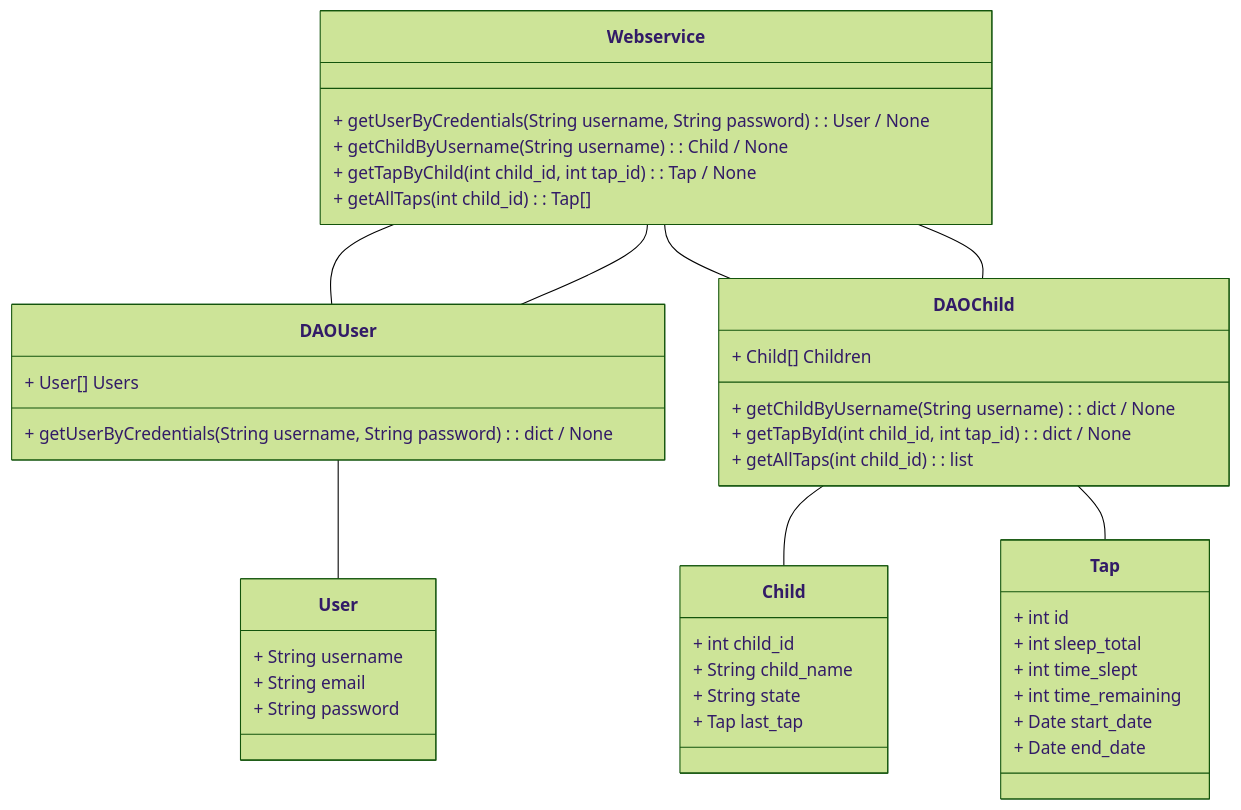
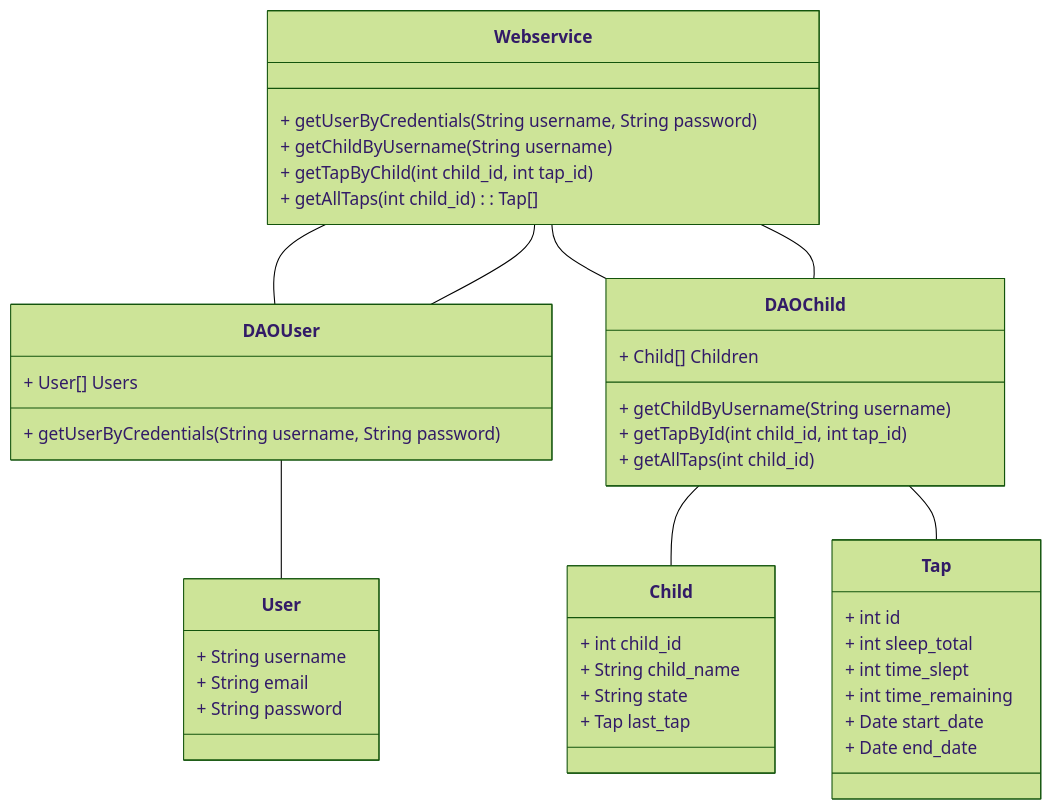
Before and after one commit to lauragrr1/tapatapp: the diagram in Prototip2/BackEndP2.mmd, drawn with Mermaid (forest theme).

```diff
--- a/Prototip2/BackEndP2.mmd
+++ b/Prototip2/BackEndP2.mmd
@@ -1,49 +1,49 @@
 classDiagram
     class Webservice {
-        + getUserByCredentials(String username, String password): User / None
-        + getChildByUsername(String username): Child / None
-        + getTapByChild(int child_id, int tap_id): Tap / None
+        + getUserByCredentials(String username, String password)
+        + getChildByUsername(String username)
+        + getTapByChild(int child_id, int tap_id)
         + getAllTaps(int child_id): Tap[]
     }
 
     class DAOUser {
         + User[] Users
-        + getUserByCredentials(String username, String password): dict / None
+        + getUserByCredentials(String username, String password)
     }
 
     class User {
         + String username
         + String email
         + String password
     }
 
     class DAOChild {
         + Child[] Children
-        + getChildByUsername(String username): dict / None
-        + getTapById(int child_id, int tap_id): dict / None
-        + getAllTaps(int child_id): list
+        + getChildByUsername(String username)
+        + getTapById(int child_id, int tap_id)
+        + getAllTaps(int child_id)
     }
 
     class Child {
         + int child_id
         + String child_name
         + String state
         + Tap last_tap
     }
 
     class Tap {
         + int id
         + int sleep_total
         + int time_slept
         + int time_remaining
         + Date start_date
         + Date end_date
     }
 
     Webservice -- DAOUser
     DAOUser -- User
     DAOUser -- Webservice
     Webservice -- DAOChild
     DAOChild -- Child 
     DAOChild -- Webservice
     DAOChild -- Tap
```
